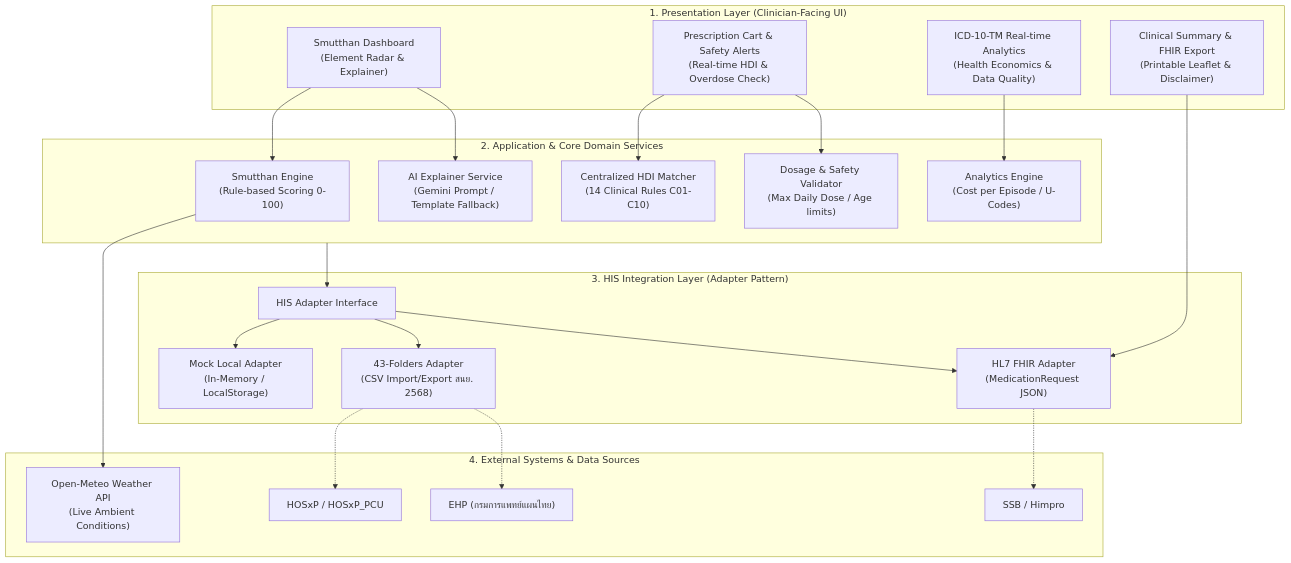
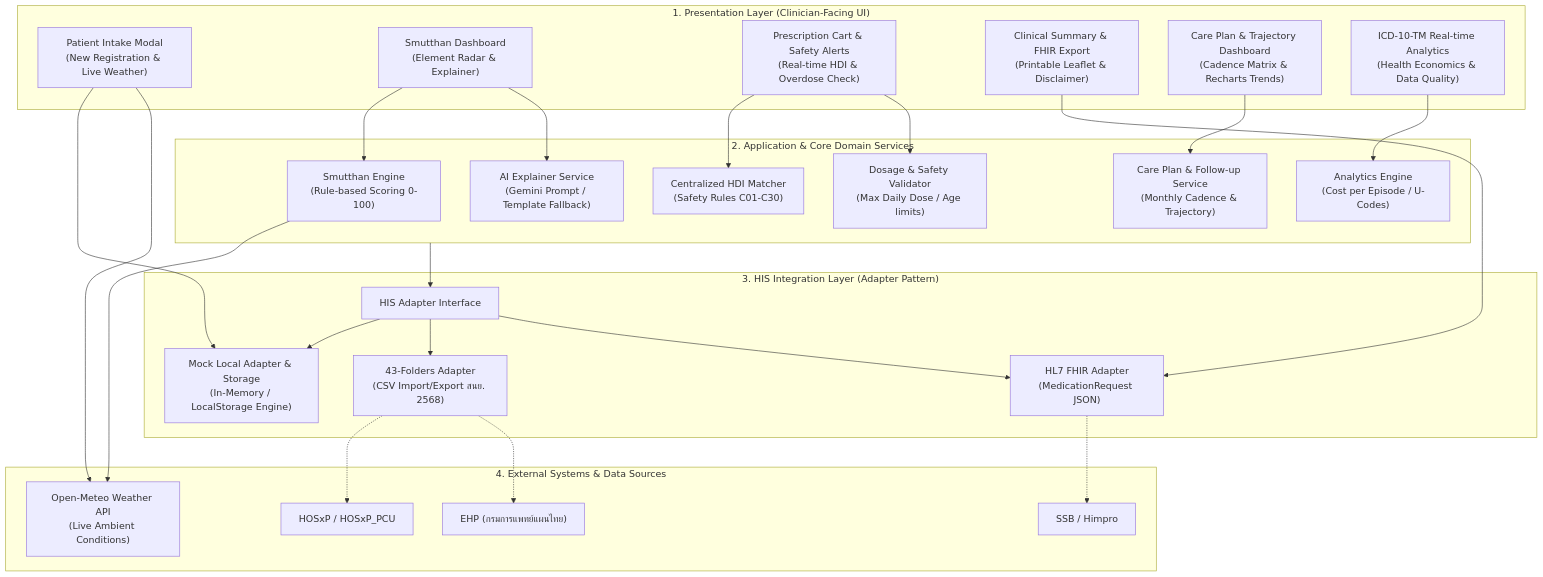
One commit to ClangxCL/TTM_Hackathon_2026 changed the first of 2 diagrams in docs/03-architecture.md. Above: the diagram before and after it, drawn with Mermaid. The commit also changed other lines of this file and 9 other files, not shown here.

Commit message:
docs: comprehensive update across all 10 docs for VejVivat branding, 30 cases, patient intake, care plan & follow-up protocol

````diff
--- a/docs/03-architecture.md
+++ b/docs/03-architecture.md
@@ -9,48 +10,54 @@
 ```mermaid
 graph TB
     subgraph ClientLayer ["1. Presentation Layer (Clinician-Facing UI)"]
+        UI_Intake["Patient Intake Modal<br/>(New Registration & Live Weather)"]
         UI_Smutthan["Smutthan Dashboard<br/>(Element Radar & Explainer)"]
         UI_Prescribe["Prescription Cart & Safety Alerts<br/>(Real-time HDI & Overdose Check)"]
+        UI_Print["Clinical Summary & FHIR Export<br/>(Printable Leaflet & Disclaimer)"]
+        UI_CarePlan["Care Plan & Trajectory Dashboard<br/>(Cadence Matrix & Recharts Trends)"]
         UI_Analytics["ICD-10-TM Real-time Analytics<br/>(Health Economics & Data Quality)"]
-        UI_Print["Clinical Summary & FHIR Export<br/>(Printable Leaflet & Disclaimer)"]
     end
 
     subgraph ServiceLayer ["2. Application & Core Domain Services"]
         SE["Smutthan Engine<br/>(Rule-based Scoring 0-100)"]
-        HDI["Centralized HDI Matcher<br/>(14 Clinical Rules C01-C10)"]
+        HDI["Centralized HDI Matcher<br/>(Safety Rules C01-C30)"]
         DV["Dosage & Safety Validator<br/>(Max Daily Dose / Age limits)"]
+        CPS["Care Plan & Follow-up Service<br/>(Monthly Cadence & Trajectory)"]
         AE["Analytics Engine<br/>(Cost per Episode / U-Codes)"]
         AI["AI Explainer Service<br/>(Gemini Prompt / Template Fallback)"]
     end
 
     subgraph AdapterLayer ["3. HIS Integration Layer (Adapter Pattern)"]
         Interface["HIS Adapter Interface"]
-        MockAdap["Mock Local Adapter<br/>(In-Memory / LocalStorage)"]
+        MockAdap["Mock Local Adapter & Storage<br/>(In-Memory / LocalStorage Engine)"]
         Files43Adap["43-Folders Adapter<br/>(CSV Import/Export สนย. 2568)"]
         FhirAdap["HL7 FHIR Adapter<br/>(MedicationRequest JSON)"]
     end
 
     subgraph ExternalLayer ["4. External Systems & Data Sources"]
         HIS_HOSxP["HOSxP / HOSxP_PCU"]
         HIS_EHP["EHP (กรมการแพทย์แผนไทย)"]
         HIS_Other["SSB / Himpro"]
         MeteoAPI["Open-Meteo Weather API<br/>(Live Ambient Conditions)"]
     end
 
+    UI_Intake --> MockAdap
     UI_Smutthan --> SE
     UI_Smutthan --> AI
     UI_Prescribe --> HDI
     UI_Prescribe --> DV
+    UI_Print --> FhirAdap
+    UI_CarePlan --> CPS
     UI_Analytics --> AE
-    UI_Print --> FhirAdap
 
     SE --> MeteoAPI
+    UI_Intake --> MeteoAPI
     ServiceLayer --> Interface
     Interface --> MockAdap
     Interface --> Files43Adap
     Interface --> FhirAdap
 
     Files43Adap -.-> HIS_HOSxP
     Files43Adap -.-> HIS_EHP
     FhirAdap -.-> HIS_Other
 ```
````
